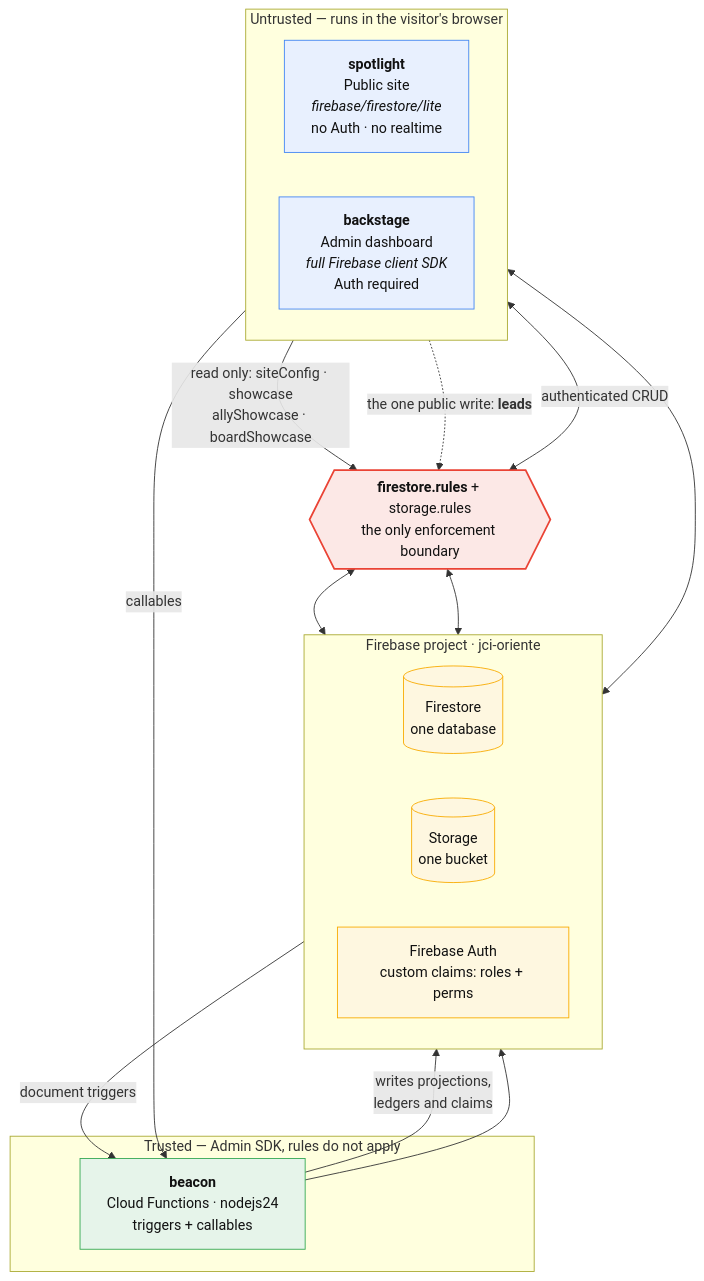
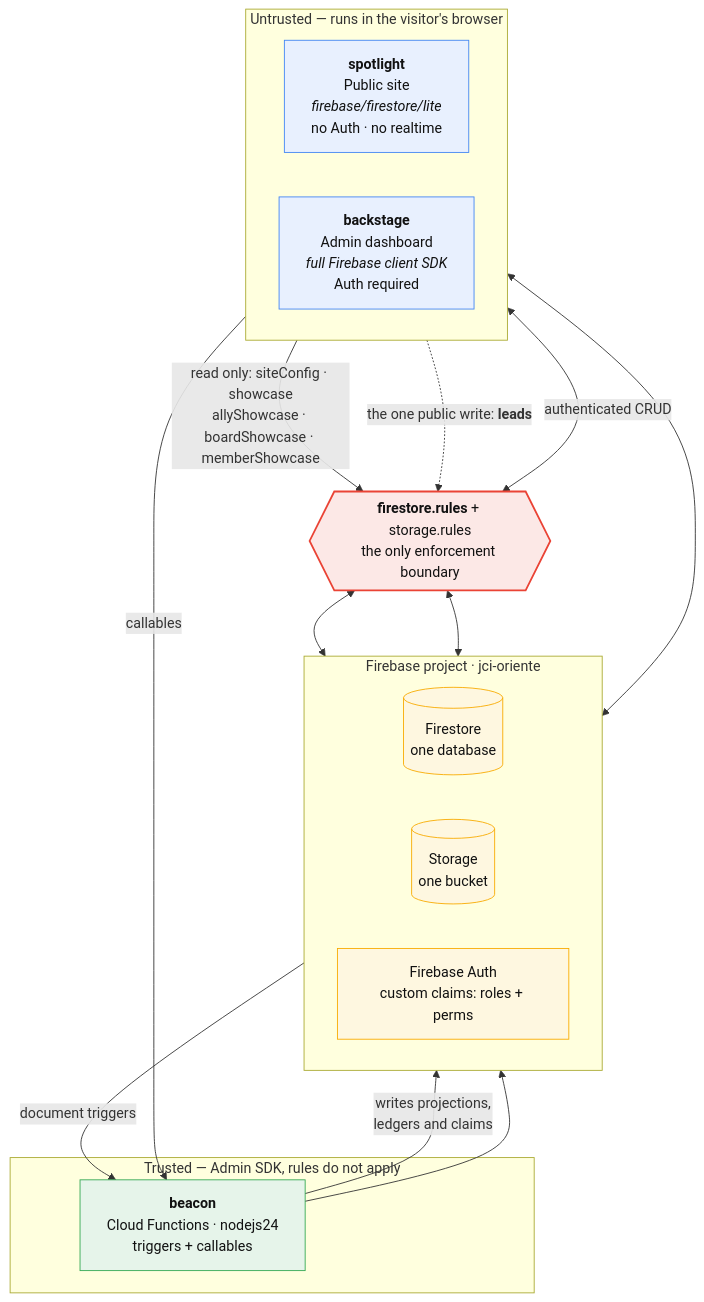
One commit to JCIOriente/luminova changed the diagram in docs/diagrams/container.mmd. Above: the diagram before and after it, drawn with Mermaid. The commit also changed 12 other files, not shown here.

```diff
--- a/docs/diagrams/container.mmd
+++ b/docs/diagrams/container.mmd
@@ -1,47 +1,47 @@
 %% Luminova / JCI Oriente — container diagram
 %% The split is the trust boundary: everything above the rules membrane runs in a
 %% browser the chapter does not control. Everything below runs with the Admin SDK
 %% and bypasses rules entirely.
 %% Source of truth: docs/architecture.md
 
 flowchart TB
     subgraph untrusted["Untrusted — runs in the visitor's browser"]
         direction LR
         spotlight["<b>spotlight</b><br/>Public site<br/><i>firebase/firestore/lite</i><br/>no Auth · no realtime"]
         backstage["<b>backstage</b><br/>Admin dashboard<br/><i>full Firebase client SDK</i><br/>Auth required"]
     end
 
     rules{{"<b>firestore.rules</b> + storage.rules<br/>the only enforcement boundary"}}
 
     subgraph data["Firebase project · jci-oriente"]
         direction LR
         firestore[("Firestore<br/>one database")]
         storage[("Storage<br/>one bucket")]
         fbauth["Firebase Auth<br/>custom claims: roles + perms"]
     end
 
     subgraph trusted["Trusted — Admin SDK, rules do not apply"]
         beacon["<b>beacon</b><br/>Cloud Functions · nodejs24<br/>triggers + callables"]
     end
 
-    spotlight -->|"read only: siteConfig · showcase<br/>allyShowcase · boardShowcase"| rules
+    spotlight -->|"read only: siteConfig · showcase<br/>allyShowcase · boardShowcase · memberShowcase"| rules
     spotlight -.->|"the one public write: <b>leads</b>"| rules
     backstage <-->|"authenticated CRUD"| rules
 
     rules <--> firestore
     rules <--> storage
     backstage <--> fbauth
 
     firestore -->|"document triggers"| beacon
     backstage -->|"callables"| beacon
     beacon -->|"writes projections,<br/>ledgers and claims"| firestore
     beacon --> fbauth
 
     classDef client fill:#e8f0fe,stroke:#4285f4,stroke-width:1px,color:#111
     classDef server fill:#e6f4ea,stroke:#34a853,stroke-width:1px,color:#111
     classDef store fill:#fef7e0,stroke:#f9ab00,stroke-width:1px,color:#111
     classDef boundary fill:#fce8e6,stroke:#ea4335,stroke-width:2px,color:#111
     class spotlight,backstage client
     class beacon server
     class firestore,storage,fbauth store
     class rules boundary
```
